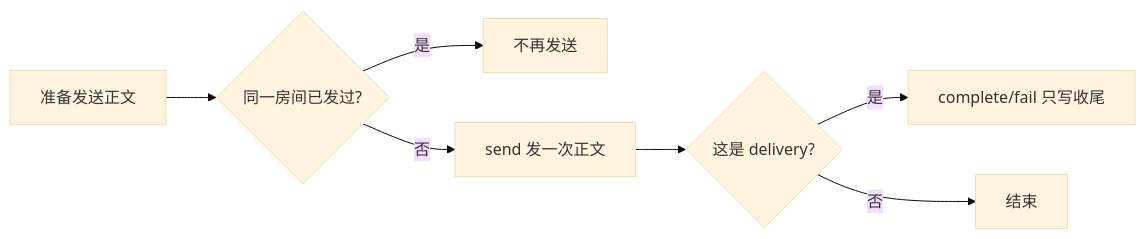
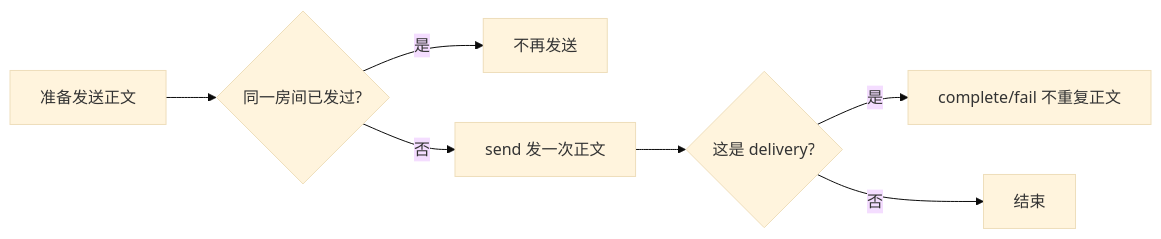
The third of 14 diagrams in public/skills/agent-network-skills.md (KonghaYao/agent-network), drawn with Mermaid (base theme) before and after one commit. The commit also changed other lines of this file and 6 other files, not shown here.

````diff
--- a/public/skills/agent-network-skills.md
+++ b/public/skills/agent-network-skills.md
@@ -119,9 +119,9 @@
 ```mermaid
 flowchart LR
     A["准备发送正文"] --> B{"同一房间已发过?"}
     B -- 是 --> C["不再发送"]
     B -- 否 --> D["send 发一次正文"]
     D --> E{"这是 delivery?"}
-    E -- 是 --> F["complete/fail 只写收尾"]
+    E -- 是 --> F["complete/fail 不重复正文"]
     E -- 否 --> G["结束"]
 ```
````
